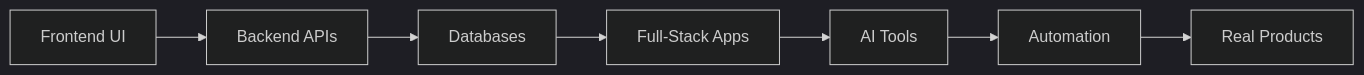
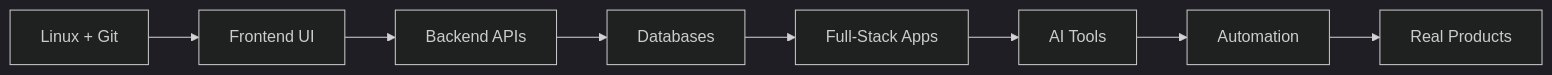
One commit to Eduarcito/Eduarcito changed the first of 2 diagrams in README.md. Above: the diagram before and after it, drawn with Mermaid (dark theme). The commit also changed other lines of this file, not shown here.

First line of the commit message:
README: emphasize Linux/terminal workflow

````diff
--- a/README.md
+++ b/README.md
@@ -150,9 +224,10 @@
 ```mermaid
 flowchart LR
-    A["Frontend UI"] --> B["Backend APIs"]
-    B --> C["Databases"]
-    C --> D["Full-Stack Apps"]
-    D --> E["AI Tools"]
-    E --> F["Automation"]
-    F --> G["Real Products"]
+    A["Linux + Git"] --> B["Frontend UI"]
+    B --> C["Backend APIs"]
+    C --> D["Databases"]
+    D --> E["Full-Stack Apps"]
+    E --> F["AI Tools"]
+    F --> G["Automation"]
+    G --> H["Real Products"]
 ```
````
